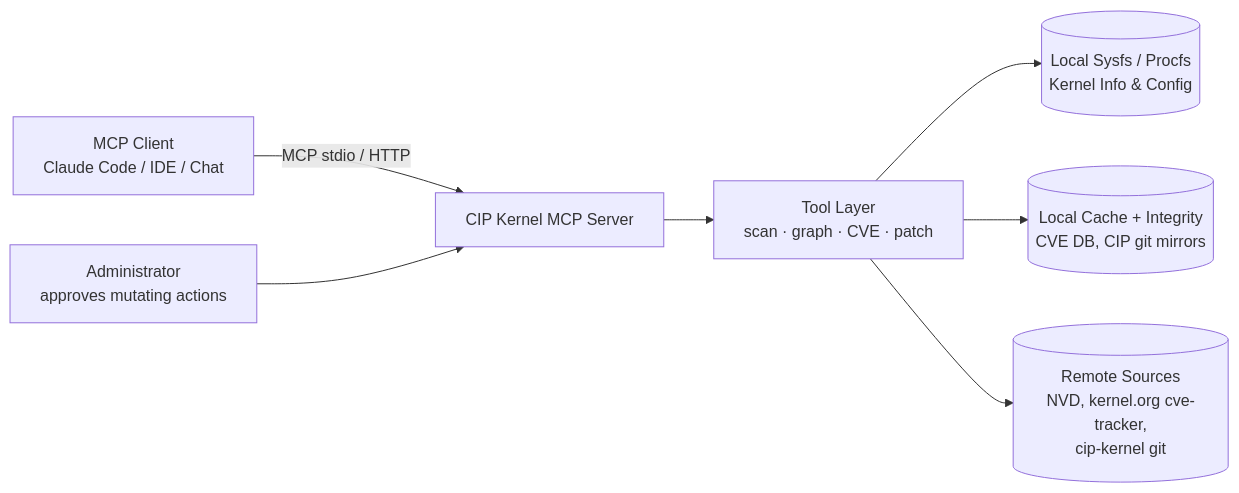
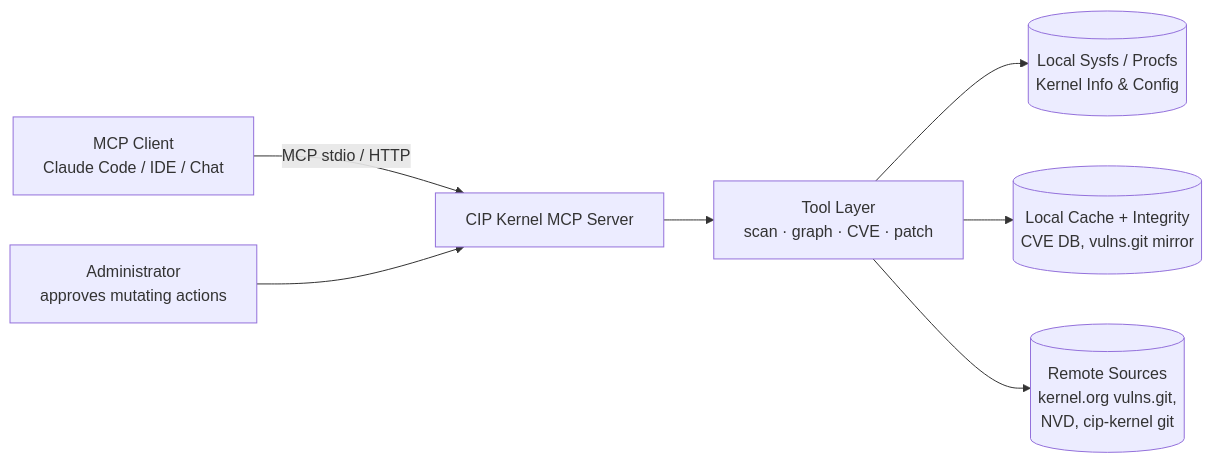
Before and after one commit to 0x00000109/cip-kernel-mcp-server: the diagram in README.md, drawn with Mermaid. The commit also changed other lines of this file and 11 other files, not shown here.

Commit message:
feat(p3/a1): kernel.org cve records via vulns.git + version-range gate for cve_applicability

````diff
--- a/README.md
+++ b/README.md
@@ -48,9 +48,9 @@
 ```mermaid
 flowchart LR
     A["MCP Client<br/>Claude Code / IDE / Chat"] -->|MCP stdio / HTTP| B["CIP Kernel MCP Server"]
     B --> C["Tool Layer<br/>scan · graph · CVE · patch"]
     C --> D[("Local Sysfs / Procfs<br/>Kernel Info & Config")]
-    C --> E[("Local Cache + Integrity<br/>CVE DB, CIP git mirrors")]
-    C --> F[("Remote Sources<br/>NVD, kernel.org cve-tracker,<br/>cip-kernel git")]
+    C --> E[("Local Cache + Integrity<br/>CVE DB, vulns.git mirror")]
+    C --> F[("Remote Sources<br/>kernel.org vulns.git,<br/>NVD, cip-kernel git")]
     H["Administrator<br/>approves mutating actions"] --> B
 ```
````
